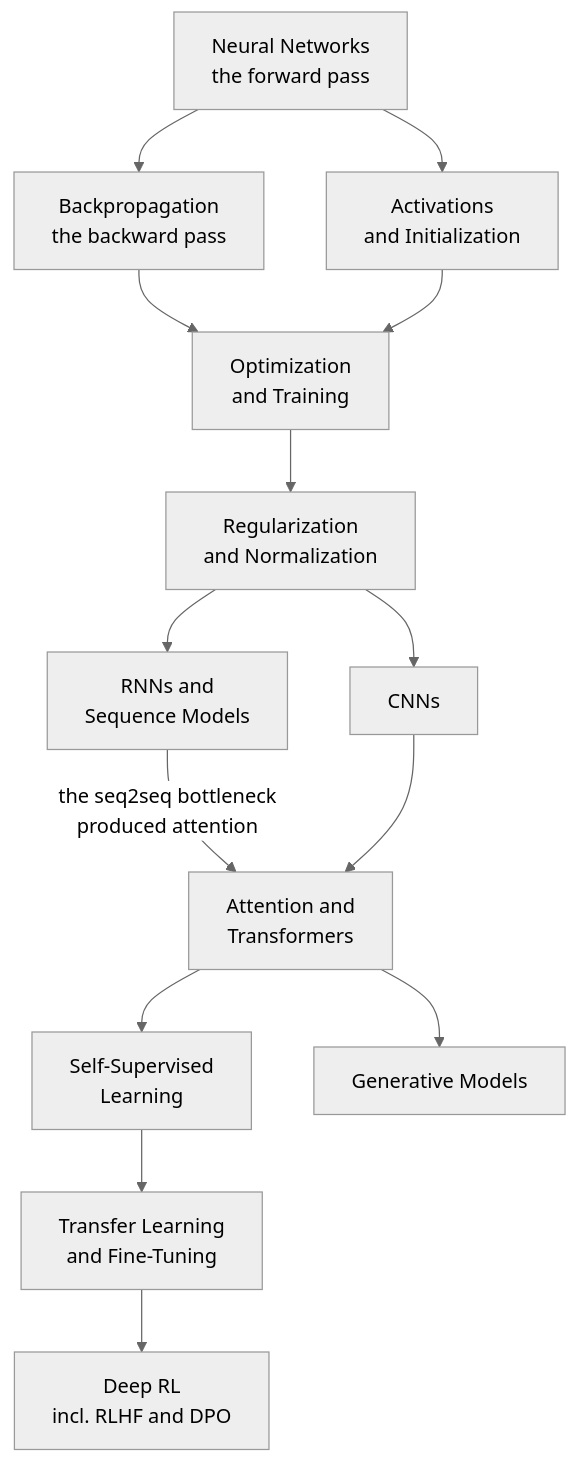
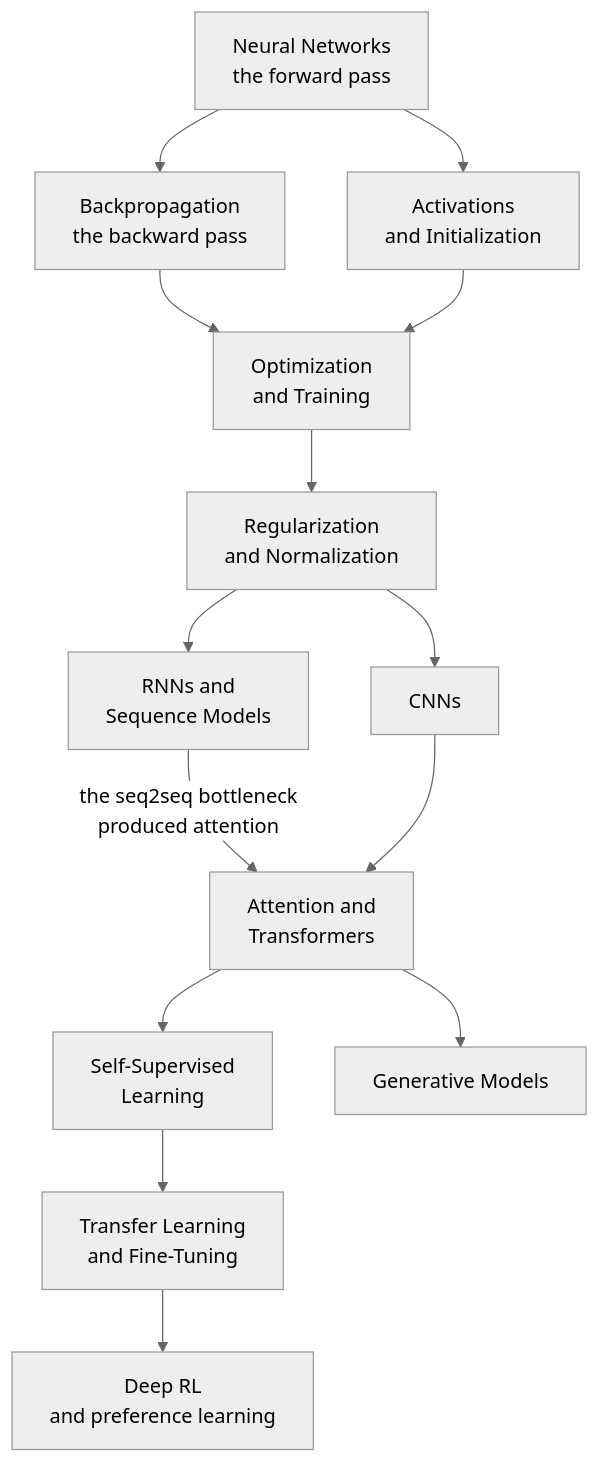
The diagram in content/notes/deep-learning.md (alliedbrother/ml-interview-notes), drawn with Mermaid (neutral theme) before and after one commit. The commit also changed other lines of this file and 217 other files, not shown here.

````diff
--- a/content/notes/deep-learning.md
+++ b/content/notes/deep-learning.md
@@ -37,16 +54,16 @@
 ```mermaid
 flowchart TD
     NN["Neural Networks<br/>the forward pass"] --> BP["Backpropagation<br/>the backward pass"]
     NN --> AI["Activations<br/>and Initialization"]
     BP --> OPT["Optimization<br/>and Training"]
     AI --> OPT
     OPT --> REG["Regularization<br/>and Normalization"]
     REG --> CNN["CNNs"]
     REG --> RNN["RNNs and<br/>Sequence Models"]
     RNN -->|"the seq2seq bottleneck<br/>produced attention"| TRF["Attention and<br/>Transformers"]
     CNN --> TRF
     TRF --> SSL["Self-Supervised<br/>Learning"]
     SSL --> TL["Transfer Learning<br/>and Fine-Tuning"]
     TRF --> GEN["Generative Models"]
-    TL --> RL["Deep RL<br/>incl. RLHF and DPO"]
+    TL --> RL["Deep RL<br/>and preference learning"]
 ```
````
